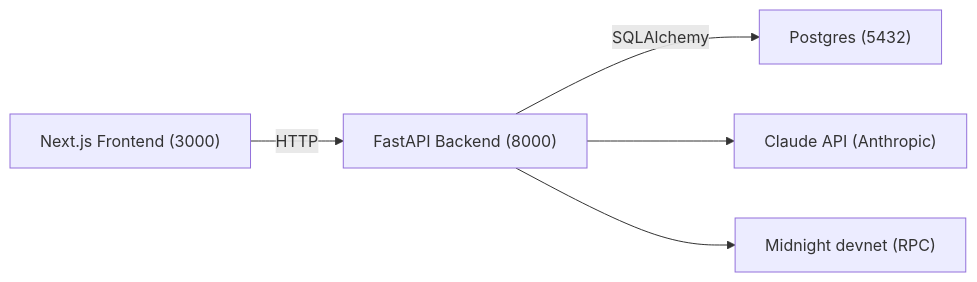
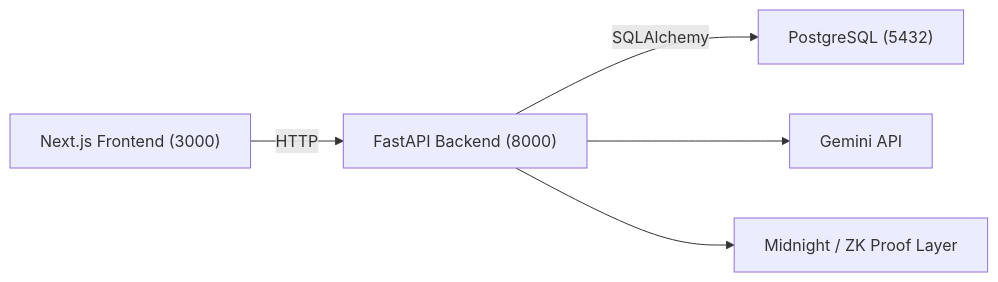
The diagram in README.md (sanikasurose/midnight-hackathon), drawn with Mermaid before and after one commit. The commit also changed other lines of this file and 6 other files, not shown here.

````diff
--- a/README.md
+++ b/README.md
@@ -12,7 +81,7 @@
 ```mermaid
 flowchart LR
-  FE["Next.js Frontend (3000)"] -->|HTTP| BE["FastAPI Backend (8000)"]
-  BE -->|SQLAlchemy| DB["Postgres (5432)"]
-  BE --> AI["Claude API (Anthropic)"]
-  BE --> M["Midnight devnet (RPC)"]
+    FE["Next.js Frontend (3000)"] -->|HTTP| BE["FastAPI Backend (8000)"]
+    BE -->|SQLAlchemy| DB["PostgreSQL (5432)"]
+    BE --> AI["Gemini API"]
+    BE --> MID["Midnight / ZK Proof Layer"]
 ```
````
